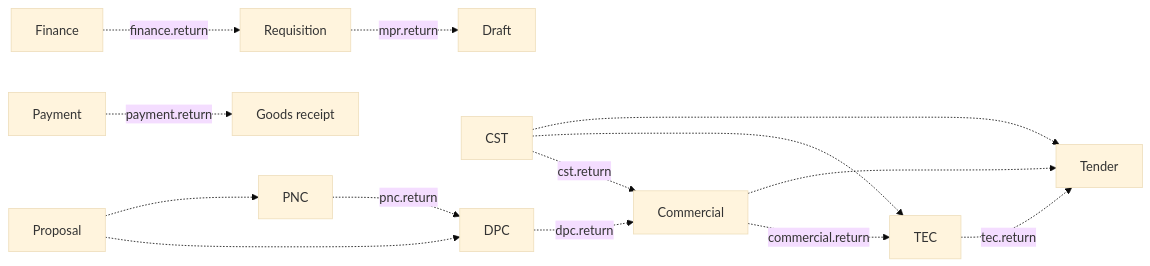
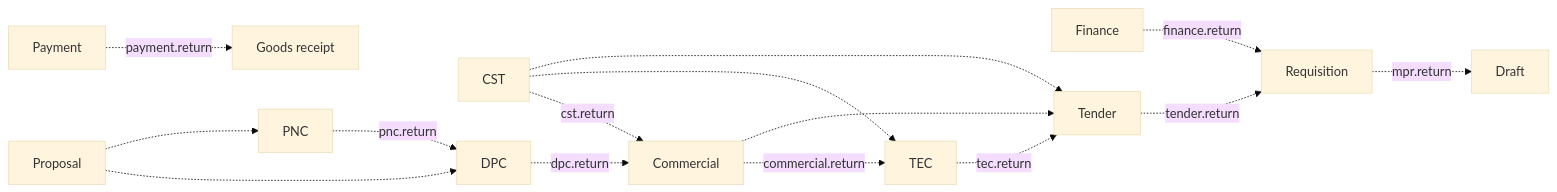
Before and after one commit to piyulgaur05/evigsense-rag: the second of 2 diagrams in PROCUREMENT.md, drawn with Mermaid (base theme). The commit also changed other lines of this file and 62 other files, not shown here.

````diff
--- a/PROCUREMENT.md
+++ b/PROCUREMENT.md
@@ -103,16 +108,17 @@
 ```mermaid
 flowchart LR
     M[Requisition] -.->|mpr.return| D[Draft]
     F[Finance] -.->|finance.return| M
+    T -.->|tender.return| M
     E[TEC] -.->|tec.return| T[Tender]
     C[Commercial] -.->|commercial.return| E
     C -.-> T
     S[CST] -.->|cst.return| C
     S -.-> E
     S -.-> T
     P[DPC] -.->|dpc.return| C
     N[PNC] -.->|pnc.return| P
     R[Proposal] -.-> P
     R -.-> N
     Y[Payment] -.->|payment.return| G[Goods receipt]
 ```
````
